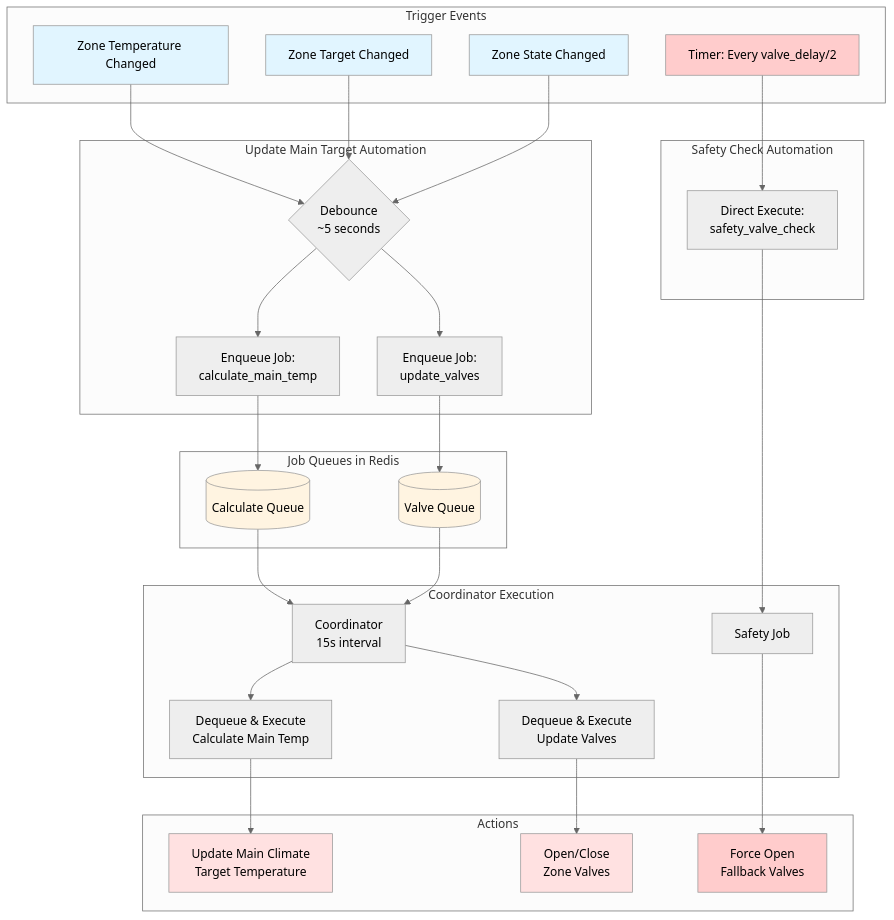
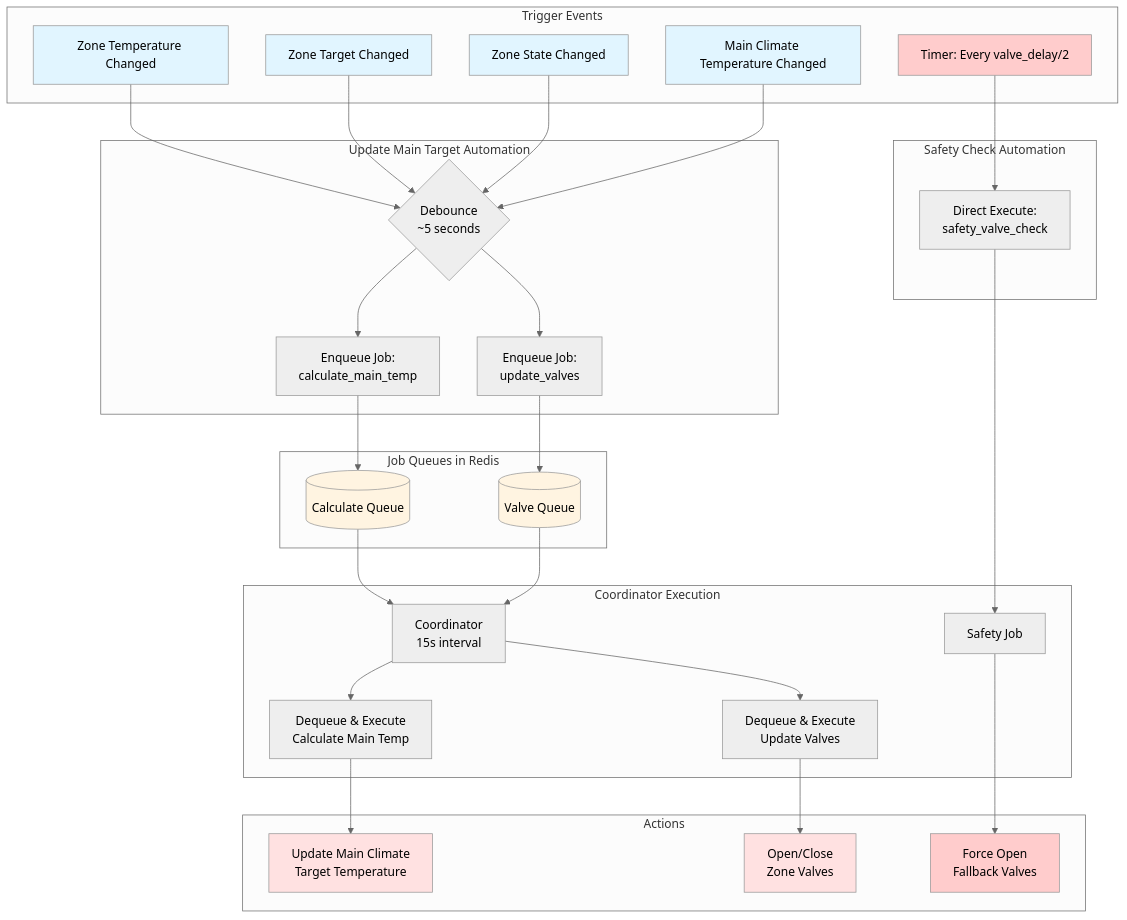
Before and after one commit to Chester929/ha_multizone_climate: diagram 13 of 26 in DIAGRAMS.md, drawn with Mermaid (neutral theme).

Commit message:
Add main climate temperature changed to trigger events diagram

````diff
--- a/DIAGRAMS.md
+++ b/DIAGRAMS.md
@@ -669,51 +669,54 @@
 ```mermaid
 flowchart TD
     subgraph "Trigger Events"
         T1[Zone Temperature Changed]
         T2[Zone Target Changed]
         T3[Zone State Changed]
-        T4[Timer: Every valve_delay/2]
+        T4[Main Climate Temperature Changed]
+        T5[Timer: Every valve_delay/2]
     end
     
     subgraph "Update Main Target Automation"
         T1 --> Check1{Debounce<br/>~5 seconds}
         T2 --> Check1
         T3 --> Check1
+        T4 --> Check1
         Check1 --> Enqueue1[Enqueue Job:<br/>calculate_main_temp]
         Check1 --> Enqueue2[Enqueue Job:<br/>update_valves]
     end
     
     subgraph "Safety Check Automation"
-        T4 --> DirectExec[Direct Execute:<br/>safety_valve_check]
+        T5 --> DirectExec[Direct Execute:<br/>safety_valve_check]
     end
     
     subgraph "Job Queues in Redis"
         Enqueue1 --> CalcQueue[(Calculate Queue)]
         Enqueue2 --> ValveQueue[(Valve Queue)]
     end
     
     subgraph "Coordinator Execution"
         CalcQueue --> Coord[Coordinator<br/>15s interval]
         ValveQueue --> Coord
         DirectExec --> SafetyJob[Safety Job]
         
         Coord --> DequeueCalc[Dequeue & Execute<br/>Calculate Main Temp]
         Coord --> DequeueValve[Dequeue & Execute<br/>Update Valves]
     end
     
     subgraph "Actions"
         DequeueCalc --> UpdateMain[Update Main Climate<br/>Target Temperature]
         DequeueValve --> UpdateValves[Open/Close<br/>Zone Valves]
         SafetyJob --> ForceOpen[Force Open<br/>Fallback Valves]
     end
     
     style T1 fill:#e1f5ff
     style T2 fill:#e1f5ff
     style T3 fill:#e1f5ff
-    style T4 fill:#ffcccc
+    style T4 fill:#e1f5ff
+    style T5 fill:#ffcccc
     style CalcQueue fill:#fff4e1
     style ValveQueue fill:#fff4e1
     style UpdateMain fill:#ffe1e1
     style UpdateValves fill:#ffe1e1
     style ForceOpen fill:#ffcccc
 ```
````
